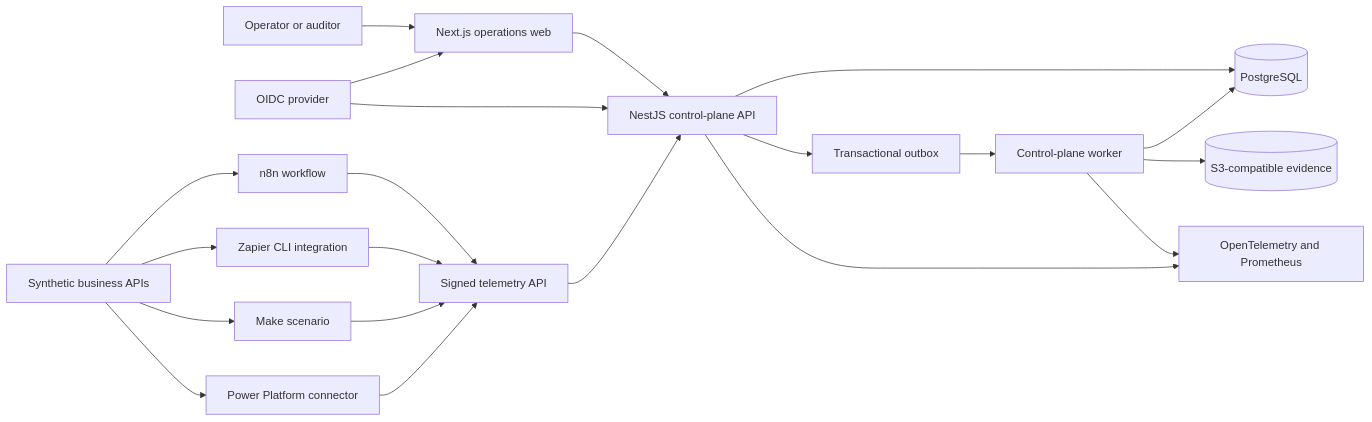
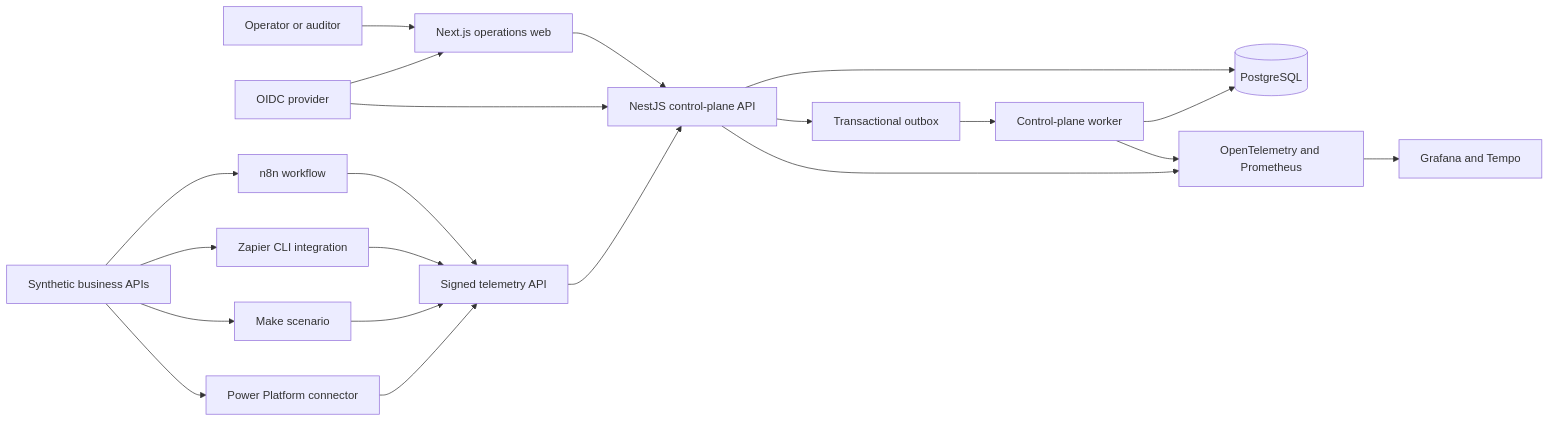
The diagram in docs/architecture.md (steven-moriasi/cross-platform-automation-control-plane), drawn with Mermaid before and after one commit. The commit also changed other lines of this file and 10 other files, not shown here.

````diff
--- a/docs/architecture.md
+++ b/docs/architecture.md
@@ -67,27 +67,26 @@
 ```mermaid
 flowchart LR
     User[Operator or auditor] --> Web[Next.js operations web]
     Web --> API[NestJS control-plane API]
     API --> DB[(PostgreSQL)]
     API --> Outbox[Transactional outbox]
     Outbox --> Worker[Control-plane worker]
     Worker --> DB
-    Worker --> Evidence[(S3-compatible evidence)]
-
     Keycloak[OIDC provider] --> Web
     Keycloak --> API
 
     N8N[n8n workflow] --> Ingest[Signed telemetry API]
     Zapier[Zapier CLI integration] --> Ingest
     Make[Make scenario] --> Ingest
     Power[Power Platform connector] --> Ingest
     Ingest --> API
 
     Synthetic[Synthetic business APIs] --> N8N
     Synthetic --> Zapier
     Synthetic --> Make
     Synthetic --> Power
 
     API --> Metrics[OpenTelemetry and Prometheus]
     Worker --> Metrics
+    Metrics --> Grafana[Grafana and Tempo]
 ```
````
